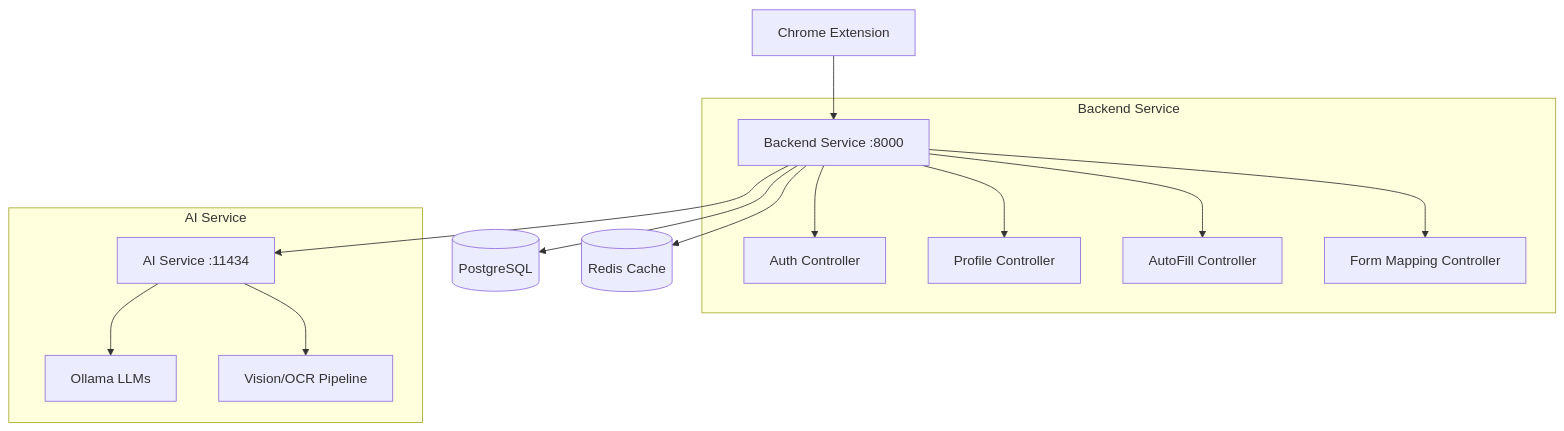
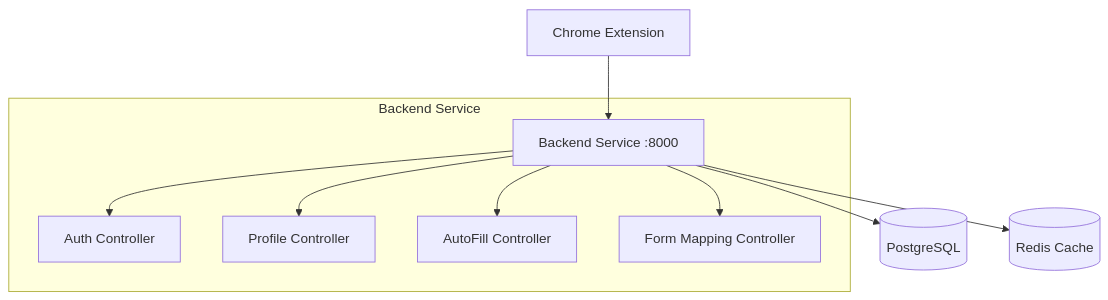
Before and after one commit to laythfadhala/AutoFill-Copilot: the diagram in README.md, drawn with Mermaid. The commit also changed other lines of this file and 9 other files, not shown here.

````diff
--- a/README.md
+++ b/README.md
@@ -217,19 +196,13 @@
 ```mermaid
 graph TB
   A[Chrome Extension] --> B[Backend Service :8000]
   B --> C[(PostgreSQL)]
   B --> D[(Redis Cache)]
-  B --> E[AI Service :11434]
 
   subgraph "Backend Service"
     B --> F[Auth Controller]
     B --> G[Profile Controller]
     B --> H[AutoFill Controller]
     B --> I[Form Mapping Controller]
   end
-
-  subgraph "AI Service"
-    E --> J[Ollama LLMs]
-    E --> K[Vision/OCR Pipeline]
-  end
 ```
````
